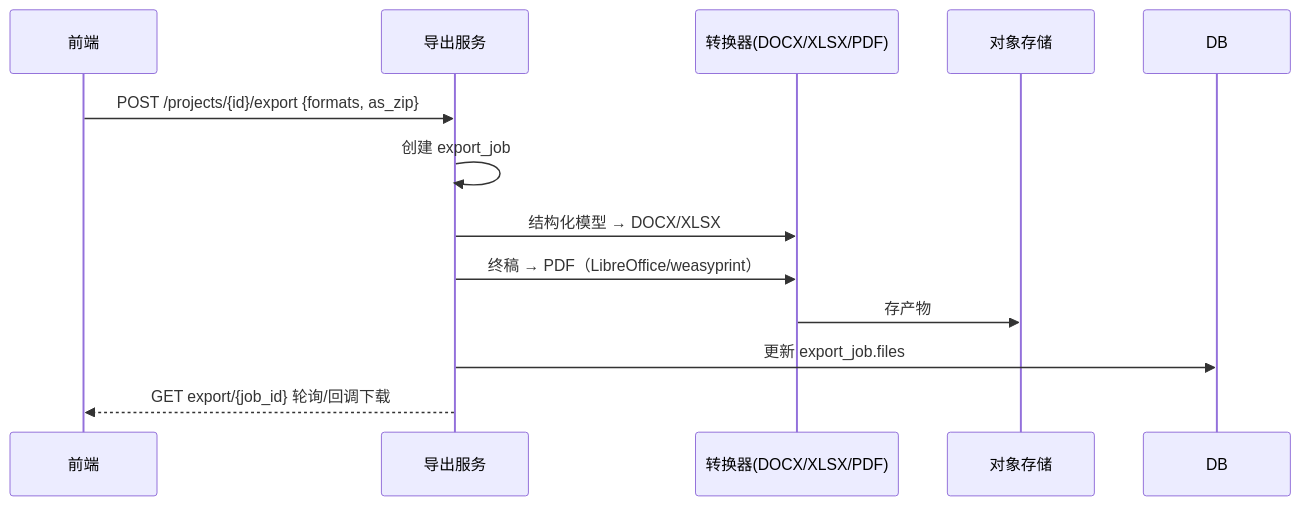
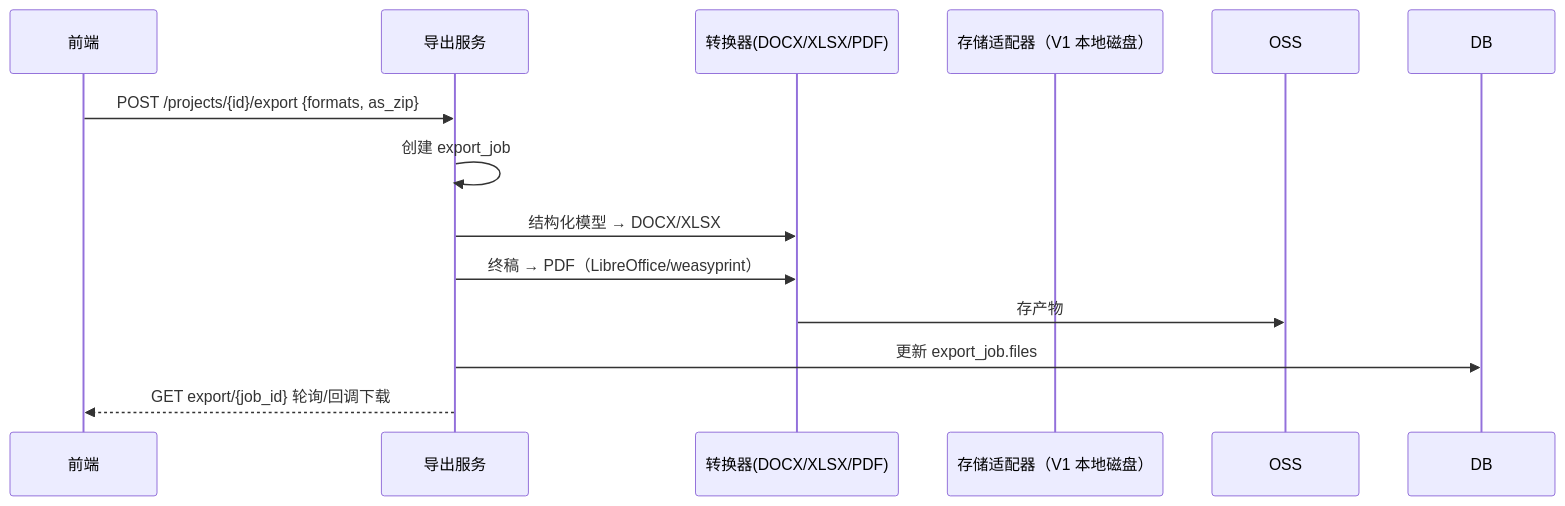
One commit to aotocode2026/BidVolt changed diagram 11 of 11 in docs/模块细化设计.md. Above: the diagram before and after it, drawn with Mermaid. The commit also changed other lines of this file and 20 other files, not shown here.

````diff
--- a/docs/模块细化设计.md
+++ b/docs/模块细化设计.md
@@ -997,14 +1200,14 @@
 ```mermaid
 sequenceDiagram
     participant U as 前端
     participant API as 导出服务
     participant C as 转换器(DOCX/XLSX/PDF)
-    participant OSS as 对象存储
+    participant ST as 存储适配器（V1 本地磁盘）
     U->>API: POST /projects/{id}/export {formats, as_zip}
     API->>API: 创建 export_job
     API->>C: 结构化模型 → DOCX/XLSX
     API->>C: 终稿 → PDF（LibreOffice/weasyprint）
     C->>OSS: 存产物
     API->>DB: 更新 export_job.files
     API-->>U: GET export/{job_id} 轮询/回调下载
 ```
````
